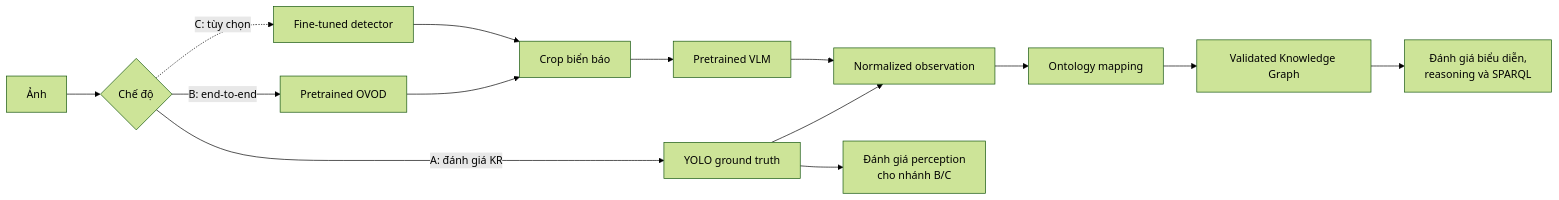
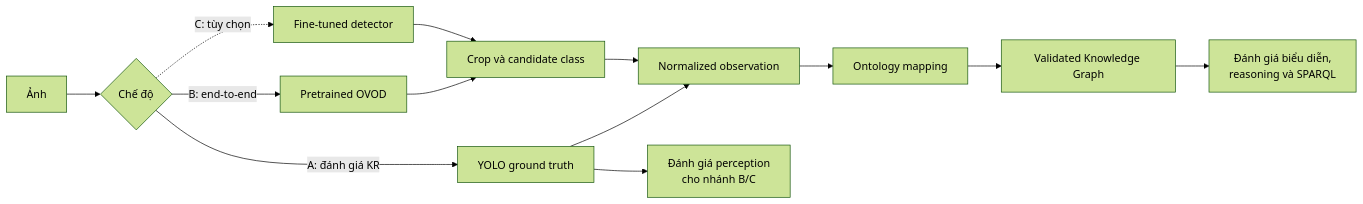
The fifth of 16 diagrams in docs/Ontology-Grounded-Traffic-Sign-Knowledge-Graph-Proposal.md (khoatran02/Ontology-COKB-Biomedical-Code-Mapping), drawn with Mermaid (forest theme) before and after one commit. The commit also changed other lines of this file and 71 other files, not shown here.

````diff
--- a/docs/Ontology-Grounded-Traffic-Sign-Knowledge-Graph-Proposal.md
+++ b/docs/Ontology-Grounded-Traffic-Sign-Knowledge-Graph-Proposal.md
@@ -785,20 +782,19 @@
 ```mermaid
 flowchart LR
     IMG["Ảnh"] --> MODE{"Chế độ"}
 
     MODE -->|"A: đánh giá KR"| GT["YOLO ground truth"]
     MODE -->|"B: end-to-end"| OVOD["Pretrained OVOD"]
     MODE -.->|"C: tùy chọn"| FT["Fine-tuned detector"]
 
-    OVOD --> CROP["Crop biển báo"]
+    OVOD --> CROP["Crop và candidate class"]
     FT --> CROP
-    CROP --> VLM["Pretrained VLM"]
     GT --> NORMAL["Normalized observation"]
-    VLM --> NORMAL
+    CROP --> NORMAL
 
     NORMAL --> ONTO["Ontology mapping"]
     ONTO --> KG["Validated Knowledge Graph"]
 
     KG --> KR_EVAL["Đánh giá biểu diễn,<br/>reasoning và SPARQL"]
     GT --> CV_EVAL["Đánh giá perception<br/>cho nhánh B/C"]
 ```
````
